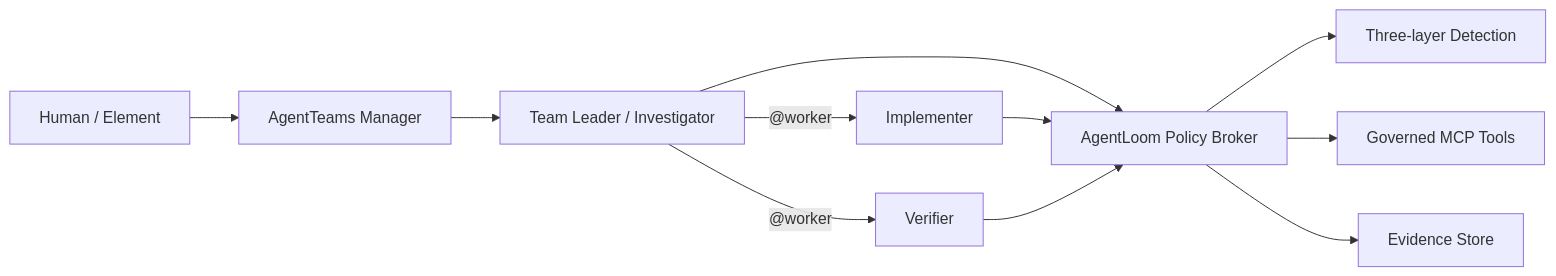
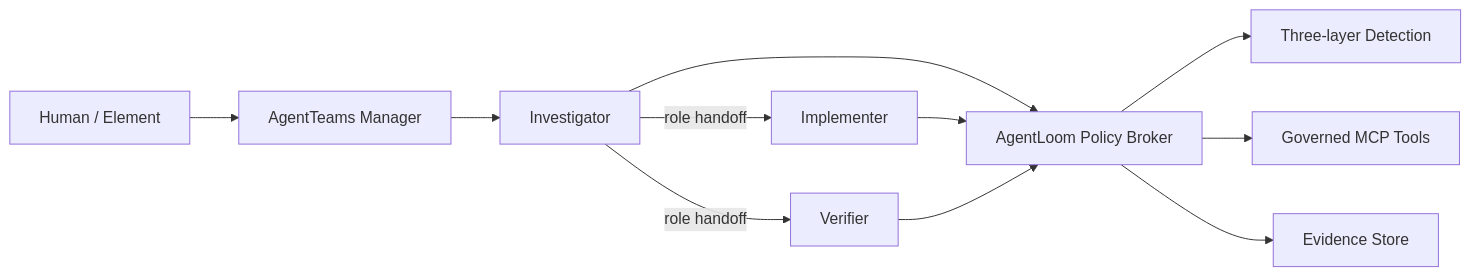
Before and after one commit to WilliamClifton-dev/AgentLoom: the diagram in README.md, drawn with Mermaid. The commit also changed other lines of this file and 6 other files, not shown here.

````diff
--- a/README.md
+++ b/README.md
@@ -35,13 +35,13 @@
 ```mermaid
 flowchart LR
     Human["Human / Element"] --> Manager["AgentTeams Manager"]
-    Manager --> Leader["Team Leader / Investigator"]
-    Leader -->|"@worker"| Implementer["Implementer"]
-    Leader -->|"@worker"| Verifier["Verifier"]
-    Leader --> Broker["AgentLoom Policy Broker"]
+    Manager --> Investigator["Investigator"]
+    Investigator -->|"role handoff"| Implementer["Implementer"]
+    Investigator -->|"role handoff"| Verifier["Verifier"]
+    Investigator --> Broker["AgentLoom Policy Broker"]
     Implementer --> Broker
     Verifier --> Broker
     Broker --> Detect["Three-layer Detection"]
     Broker --> MCP["Governed MCP Tools"]
     Broker --> Evidence["Evidence Store"]
 ```
````
